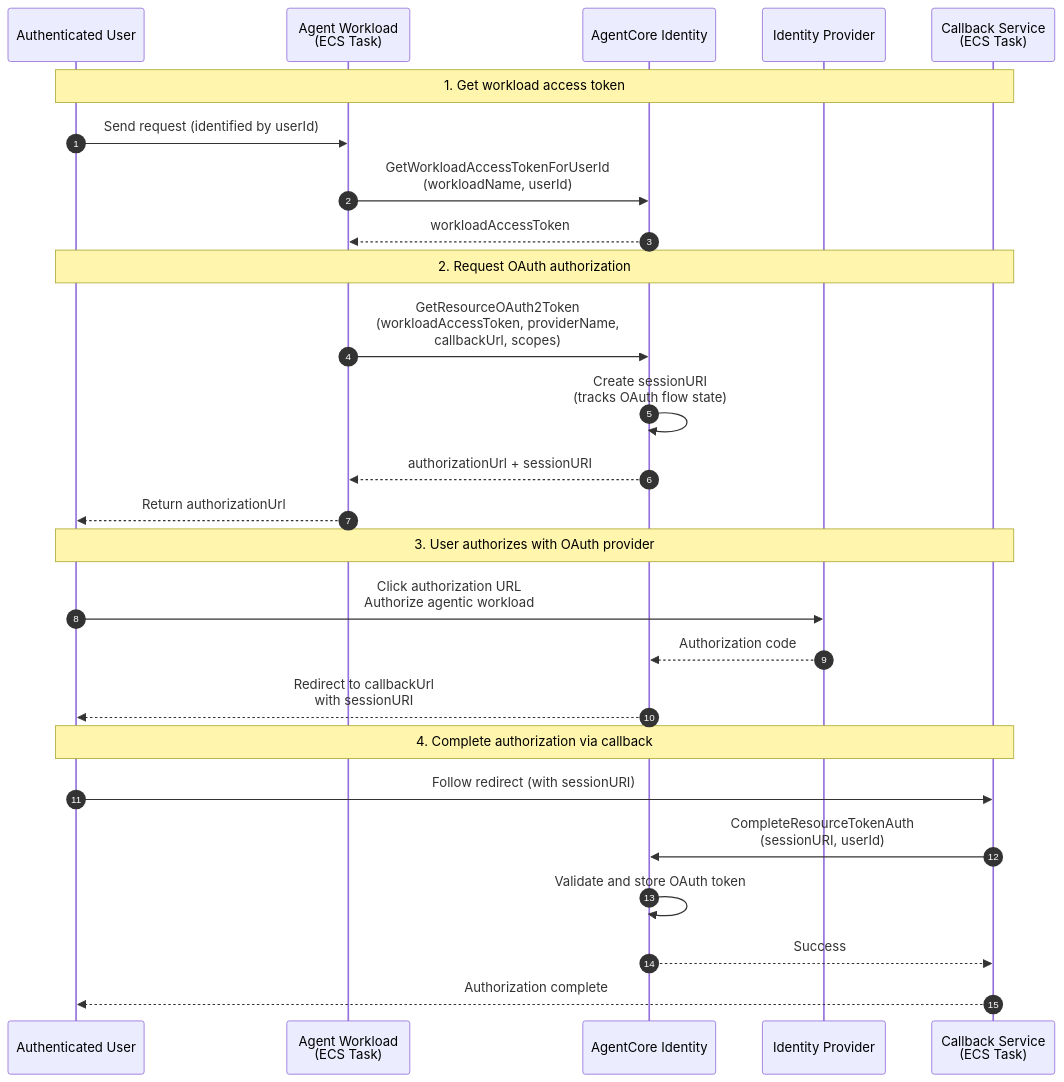
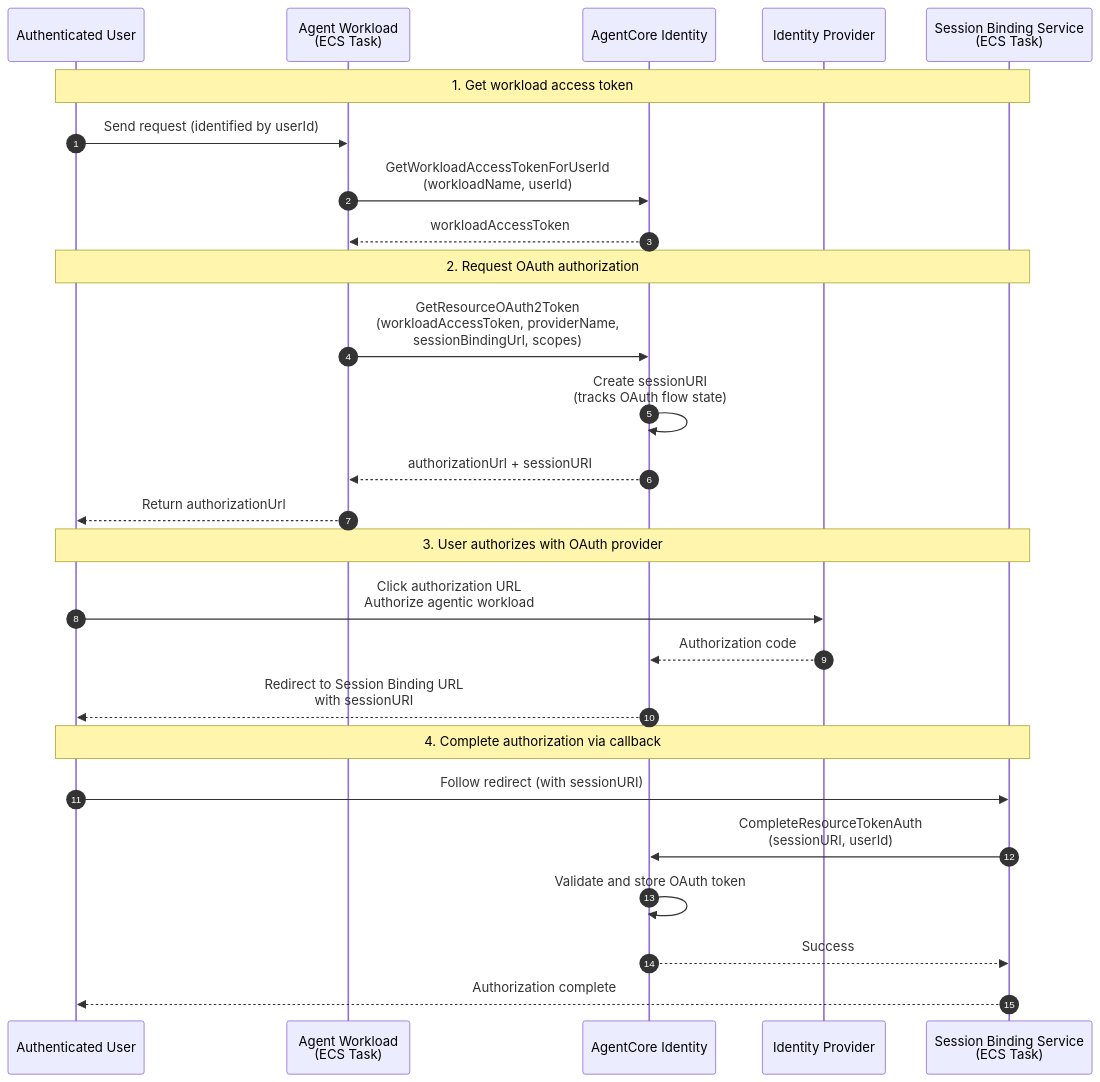
Before and after one commit to nagagaddamu/agentcore-samples: the diagram in 01-tutorials/03-AgentCore-identity/07-Outbound_Auth_3LO_ECS_Fargate/README.md, drawn with Mermaid. The commit also changed other lines of this file and 34 other files, not shown here.

First line of the commit message:
Fix/session binding url (#1190)

````diff
--- a/01-tutorials/03-AgentCore-identity/07-Outbound_Auth_3LO_ECS_Fargate/README.md
+++ b/01-tutorials/03-AgentCore-identity/07-Outbound_Auth_3LO_ECS_Fargate/README.md
@@ -44,38 +44,38 @@
 ```mermaid
 sequenceDiagram
     autonumber
     participant User as Authenticated User
     participant Workload as Agent Workload<br>(ECS Task)
     participant Identity as AgentCore Identity
     participant Tool as Identity Provider
-    participant Callback as Callback Service <br>(ECS Task)
+    participant Callback as Session Binding Service <br>(ECS Task)
 
     Note over User,Callback: 1. Get workload access token
 
     User->>Workload: Send request (identified by userId)
     
     Workload->>Identity: GetWorkloadAccessTokenForUserId<br/>(workloadName, userId)
     Identity-->>Workload: workloadAccessToken
     
     Note over User,Callback: 2. Request OAuth authorization
     
-    Workload->>Identity: GetResourceOAuth2Token<br/>(workloadAccessToken, providerName,<br/>callbackUrl, scopes)
+    Workload->>Identity: GetResourceOAuth2Token<br/>(workloadAccessToken, providerName,<br/>sessionBindingUrl, scopes)
     Identity->>Identity: Create sessionURI<br/>(tracks OAuth flow state)
     Identity-->>Workload: authorizationUrl + sessionURI
     
     Workload-->>User: Return authorizationUrl
     
     Note over User,Callback: 3. User authorizes with OAuth provider
     
     User->>Tool: Click authorization URL<br/>Authorize agentic workload
     Tool-->>Identity: Authorization code
-    Identity-->>User: Redirect to callbackUrl<br/>with sessionURI
+    Identity-->>User: Redirect to Session Binding URL<br/>with sessionURI
     
     Note over User,Callback: 4. Complete authorization via callback
     
     User->>Callback: Follow redirect (with sessionURI)
     Callback->>Identity: CompleteResourceTokenAuth<br/>(sessionURI, userId)
     Identity->>Identity: Validate and store OAuth token
     Identity-->>Callback: Success
     Callback-->>User: Authorization complete
 ```
````
